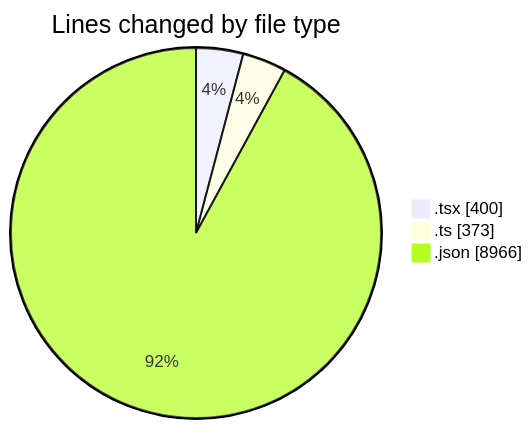
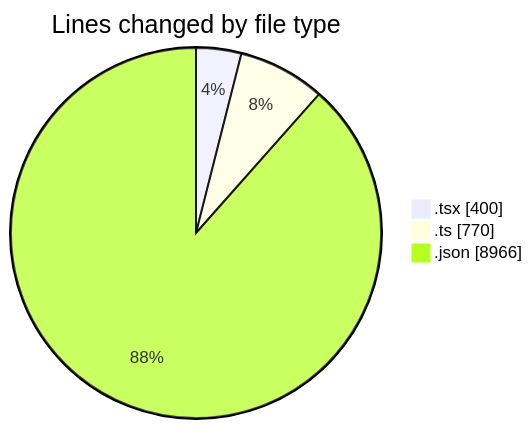
The first of 2 diagrams in 2026-04-12/airfeed-analytics-dashboard/README.md (nxtqubesakshisongat/code-tracking), drawn with Mermaid before and after one commit. The commit also changed other lines of this file and 1 other file, not shown here.

````diff
--- a/2026-04-12/airfeed-analytics-dashboard/README.md
+++ b/2026-04-12/airfeed-analytics-dashboard/README.md
@@ -27,7 +27,7 @@
 ```mermaid
 pie showData
 title Lines changed by file type
 ".tsx" : 400
-".ts" : 373
+".ts" : 770
 ".json" : 8966
 ```
````
